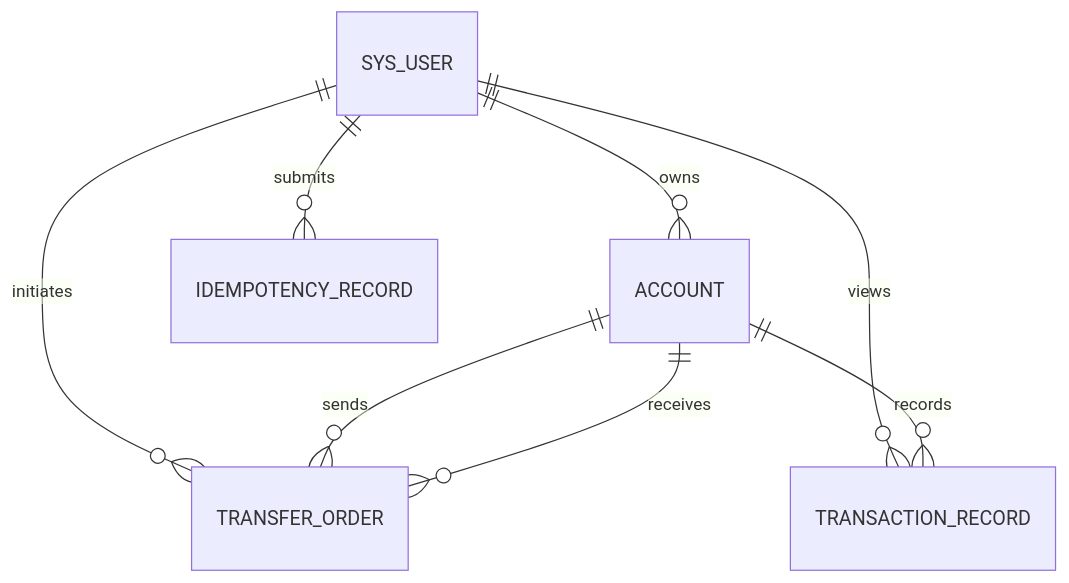
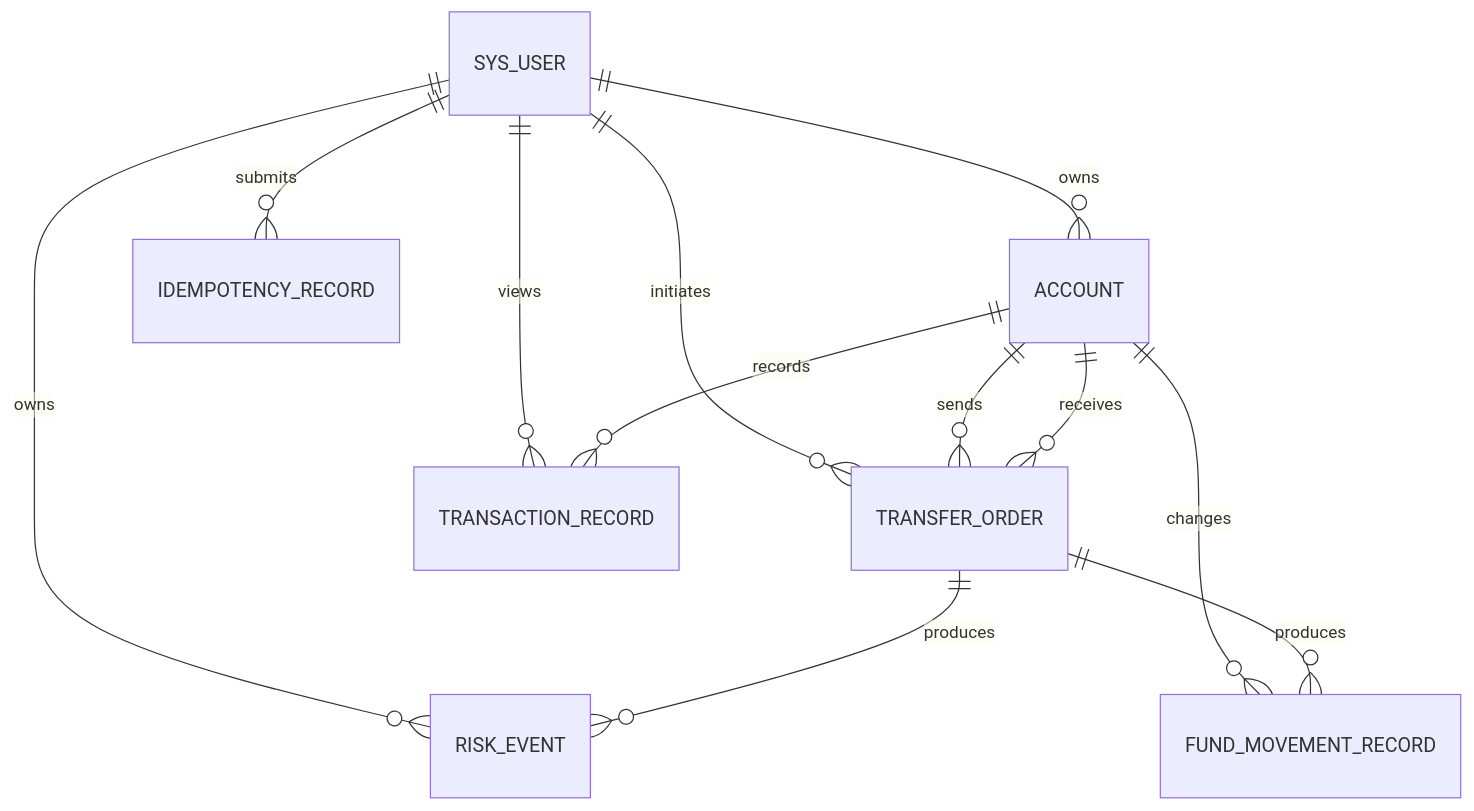
One commit to wwdaas/finledger changed the diagram in docs/database-design.md. Above: the diagram before and after it, drawn with Mermaid. The commit also changed other lines of this file and 8 other files, not shown here.

````diff
--- a/docs/database-design.md
+++ b/docs/database-design.md
@@ -8,10 +8,14 @@
 ```mermaid
 erDiagram
     SYS_USER ||--o{ ACCOUNT : owns
     SYS_USER ||--o{ TRANSFER_ORDER : initiates
     SYS_USER ||--o{ TRANSACTION_RECORD : views
     SYS_USER ||--o{ IDEMPOTENCY_RECORD : submits
+    SYS_USER ||--o{ RISK_EVENT : owns
     ACCOUNT ||--o{ TRANSFER_ORDER : sends
     ACCOUNT ||--o{ TRANSFER_ORDER : receives
     ACCOUNT ||--o{ TRANSACTION_RECORD : records
+    ACCOUNT ||--o{ FUND_MOVEMENT_RECORD : changes
+    TRANSFER_ORDER ||--o{ FUND_MOVEMENT_RECORD : produces
+    TRANSFER_ORDER ||--o{ RISK_EVENT : produces
 ```
````
